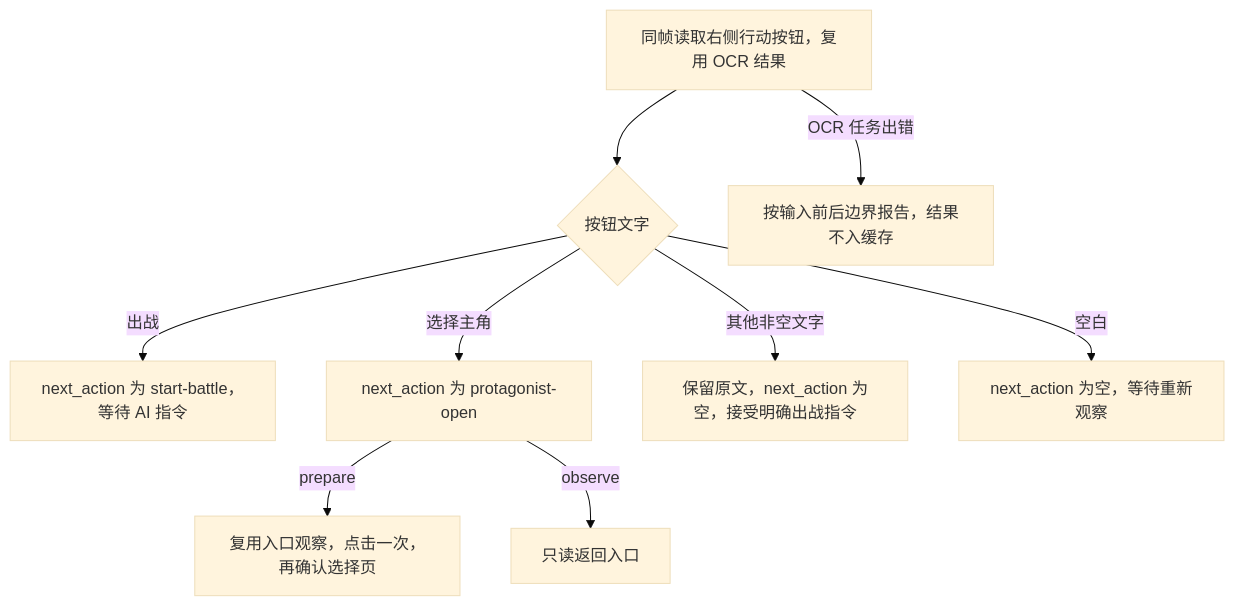
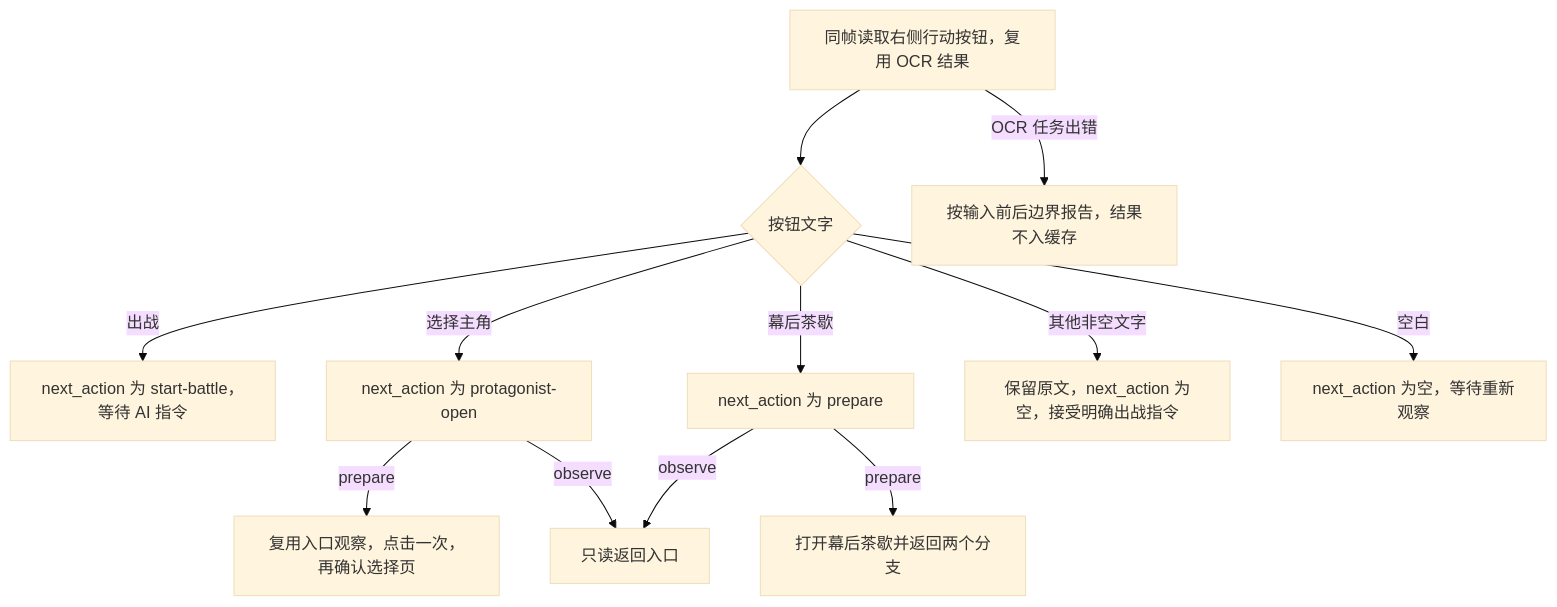
One commit to 23swccp/CurrencyWarsKit changed the diagram in design/actions.md. Above: the diagram before and after it, drawn with Mermaid (base theme). The commit also changed 56 other files, not shown here.

````diff
--- a/design/actions.md
+++ b/design/actions.md
@@ -5,11 +5,14 @@
 ```mermaid
 flowchart TD
     Frame["同帧读取右侧行动按钮，复用 OCR 结果"] --> Text{"按钮文字"}
     Text -->|出战| Fight["next_action 为 start-battle，等待 AI 指令"]
     Text -->|选择主角| Hero["next_action 为 protagonist-open"]
     Hero -->|prepare| Open["复用入口观察，点击一次，再确认选择页"]
     Hero -->|observe| Read["只读返回入口"]
+    Text -->|幕后茶歇| Tea["next_action 为 prepare"]
+    Tea -->|prepare| Event["打开幕后茶歇并返回两个分支"]
+    Tea -->|observe| Read
     Text -->|其他非空文字| Buff["保留原文，next_action 为空，接受明确出战指令"]
     Text -->|空白| Unknown["next_action 为空，等待重新观察"]
     Frame -->|OCR 任务出错| Error["按输入前后边界报告，结果不入缓存"]
 ```
````
